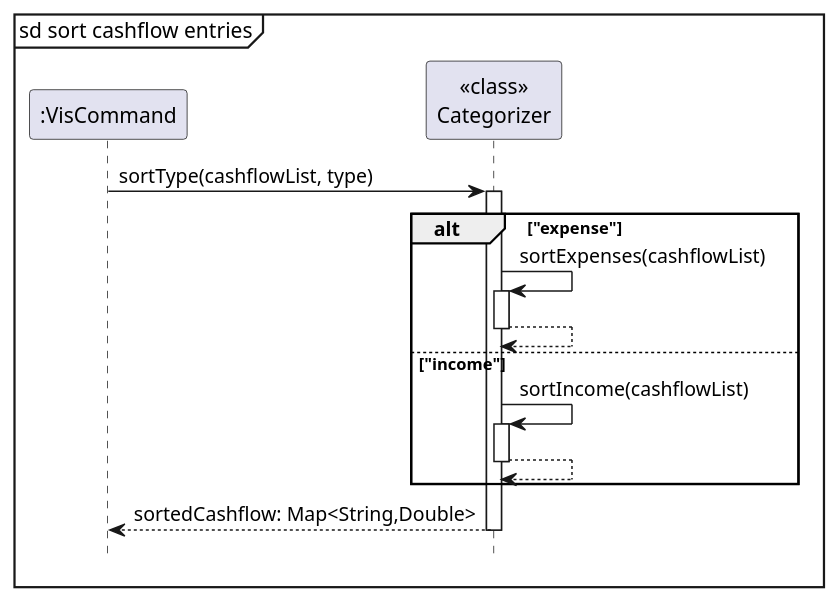
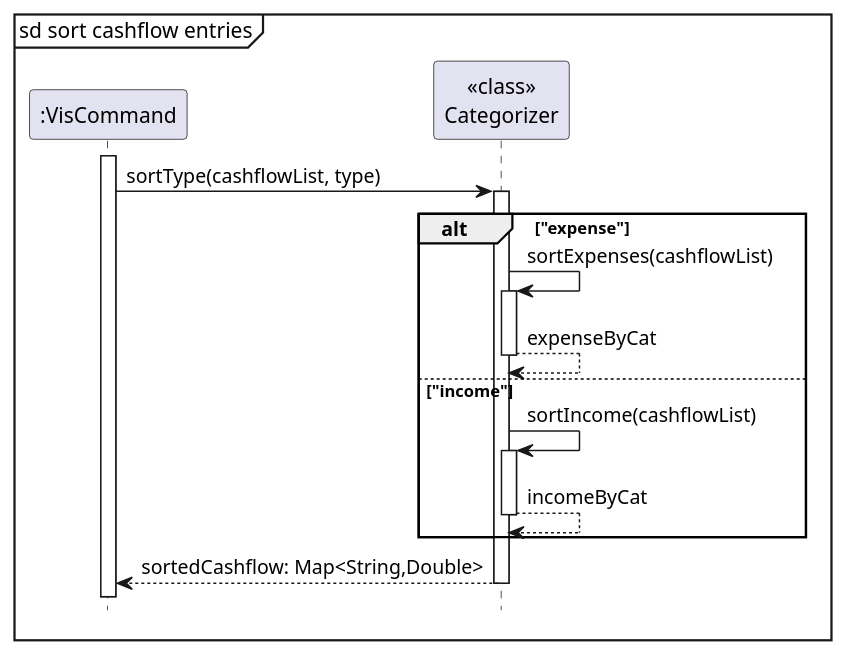
Before and after one commit to nus-cs2113-AY2324S1/tp: the diagram in docs/diagrams/vis/categorizerSequence.puml, drawn with PlantUML. The commit also changed 5 other files, not shown here.

Commit message:
Update Diagrams

```diff
--- a/docs/diagrams/vis/categorizerSequence.puml
+++ b/docs/diagrams/vis/categorizerSequence.puml
@@ -1,24 +1,26 @@
 @startuml
 
 mainframe sd sort cashflow entries
 
 autoactivate on
 
 participant ":VisCommand"
 participant "<<class>>\nCategorizer"
 
+activate ":VisCommand"
+
 ":VisCommand"-> "<<class>>\nCategorizer": sortType(cashflowList, type)
 
 alt "expense"
     "<<class>>\nCategorizer" -> "<<class>>\nCategorizer": sortExpenses(cashflowList)
-    return
+    return expenseByCat
 else "income"
     "<<class>>\nCategorizer" -> "<<class>>\nCategorizer": sortIncome(cashflowList)
-    return
+    return incomeByCat
 end
 
 return sortedCashflow: Map<String,Double>
 
 hide footbox
 
 @enduml
```
